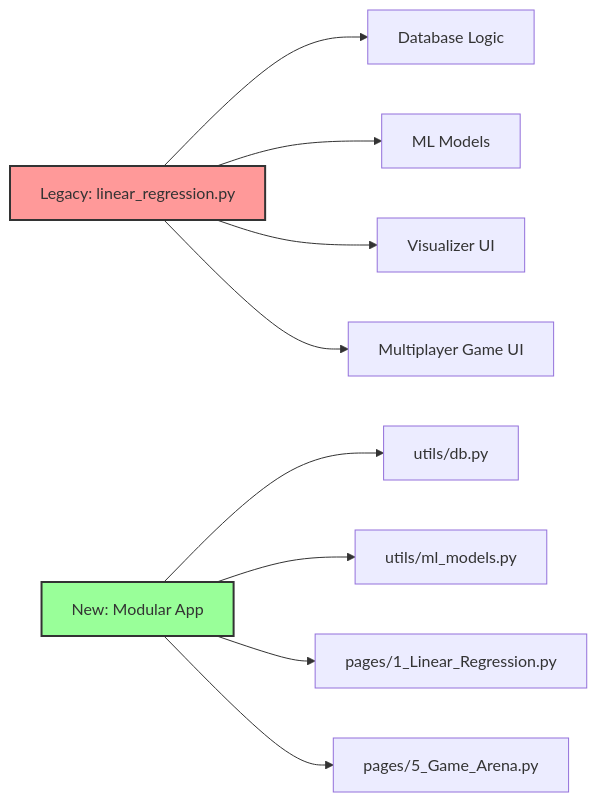
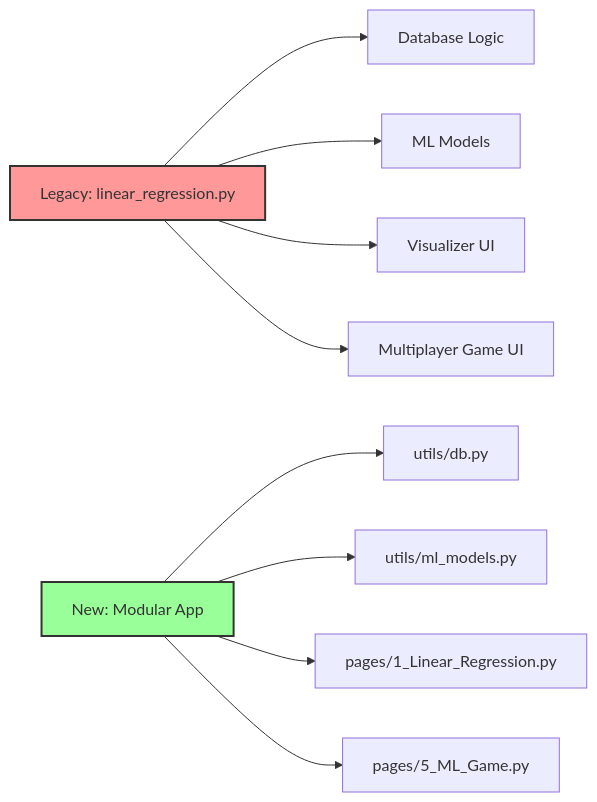
One commit to mohdrafik/ml_games changed the second of 2 diagrams in README.md. Above: the diagram before and after it, drawn with Mermaid. The commit also changed other lines of this file, not shown here.

Commit message:
updated the name

````diff
--- a/README.md
+++ b/README.md
@@ -83,15 +83,15 @@
 ```mermaid
 graph LR
     A[Legacy: linear_regression.py] --> B[Database Logic]
     A --> C[ML Models]
     A --> D[Visualizer UI]
     A --> E[Multiplayer Game UI]
     
     F[New: Modular App] --> G[utils/db.py]
     F --> H[utils/ml_models.py]
     F --> I[pages/1_Linear_Regression.py]
-    F --> J[pages/5_Game_Arena.py]
+    F --> J[pages/5_ML_Game.py]
     
     style A fill:#f99,stroke:#333,stroke-width:2px
     style F fill:#9f9,stroke:#333,stroke-width:2px
 ```
````
